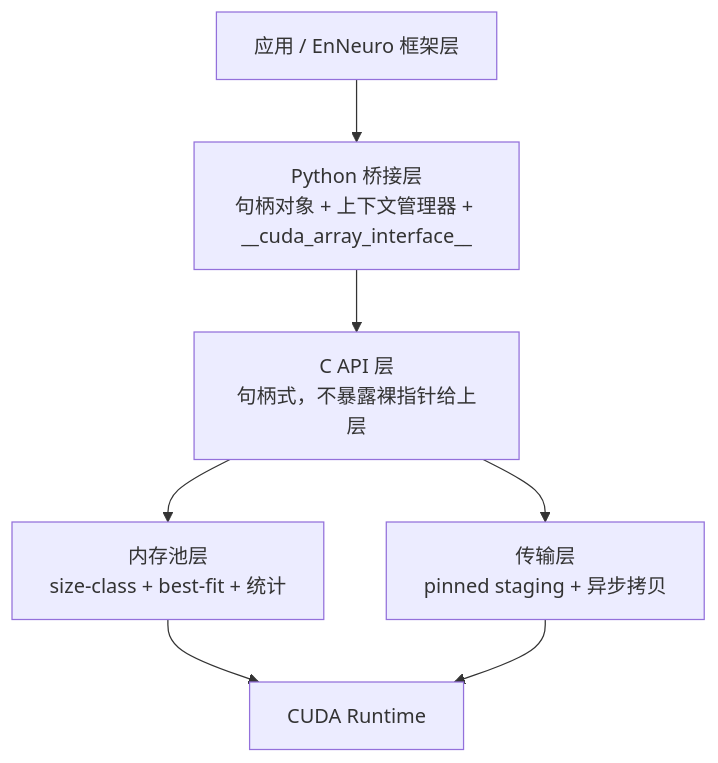
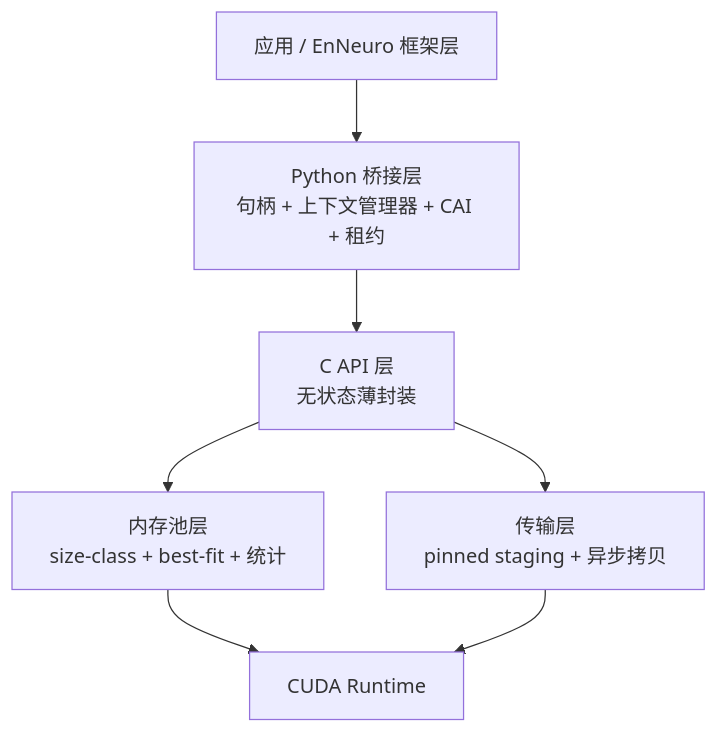
Before and after one commit to Kasago886/Enneuro-Project: the second of 7 diagrams in doc/CUDAC/显存管理.md, drawn with Mermaid. The commit also changed other lines of this file and 2 other files, not shown here.

````diff
--- a/doc/CUDAC/显存管理.md
+++ b/doc/CUDAC/显存管理.md
@@ -200,9 +199,9 @@
 ```mermaid
 graph TD
-    App[应用 / EnNeuro 框架层] --> Py[Python 桥接层<br/>句柄对象 + 上下文管理器 + __cuda_array_interface__]
-    Py --> CAPI[C API 层<br/>句柄式，不暴露裸指针给上层]
+    App[应用 / EnNeuro 框架层] --> Py[Python 桥接层<br/>句柄 + 上下文管理器 + CAI + 租约]
+    Py --> CAPI[C API 层<br/>无状态薄封装]
     CAPI --> Pool[内存池层<br/>size-class + best-fit + 统计]
     CAPI --> Xfer[传输层<br/>pinned staging + 异步拷贝]
     Pool --> RT[CUDA Runtime]
     Xfer --> RT
 ```
````
